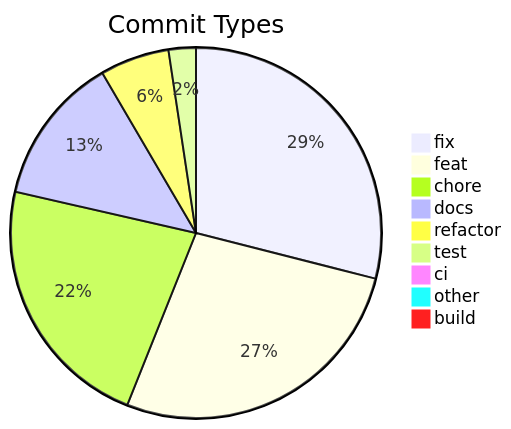
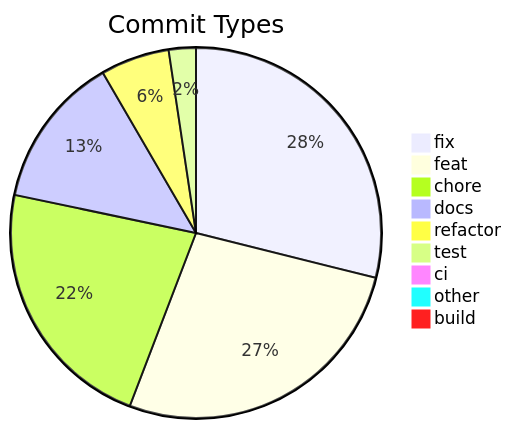
One commit to svenroth-ai/shipwright changed the diagram in .shipwright/compliance/change-history.md. Above: the diagram before and after it, drawn with Mermaid. The commit also changed other lines of this file and 19 other files, not shown here.

````diff
--- a/.shipwright/compliance/change-history.md
+++ b/.shipwright/compliance/change-history.md
@@ -8,12 +8,12 @@
 ```mermaid
 pie title Commit Types
-    "fix" : 292
+    "fix" : 293
     "feat" : 273
-    "chore" : 227
-    "docs" : 131
+    "chore" : 228
+    "docs" : 135
     "refactor" : 61
     "test" : 24
     "ci" : 7
     "other" : 7
     "build" : 1
 ```
````
